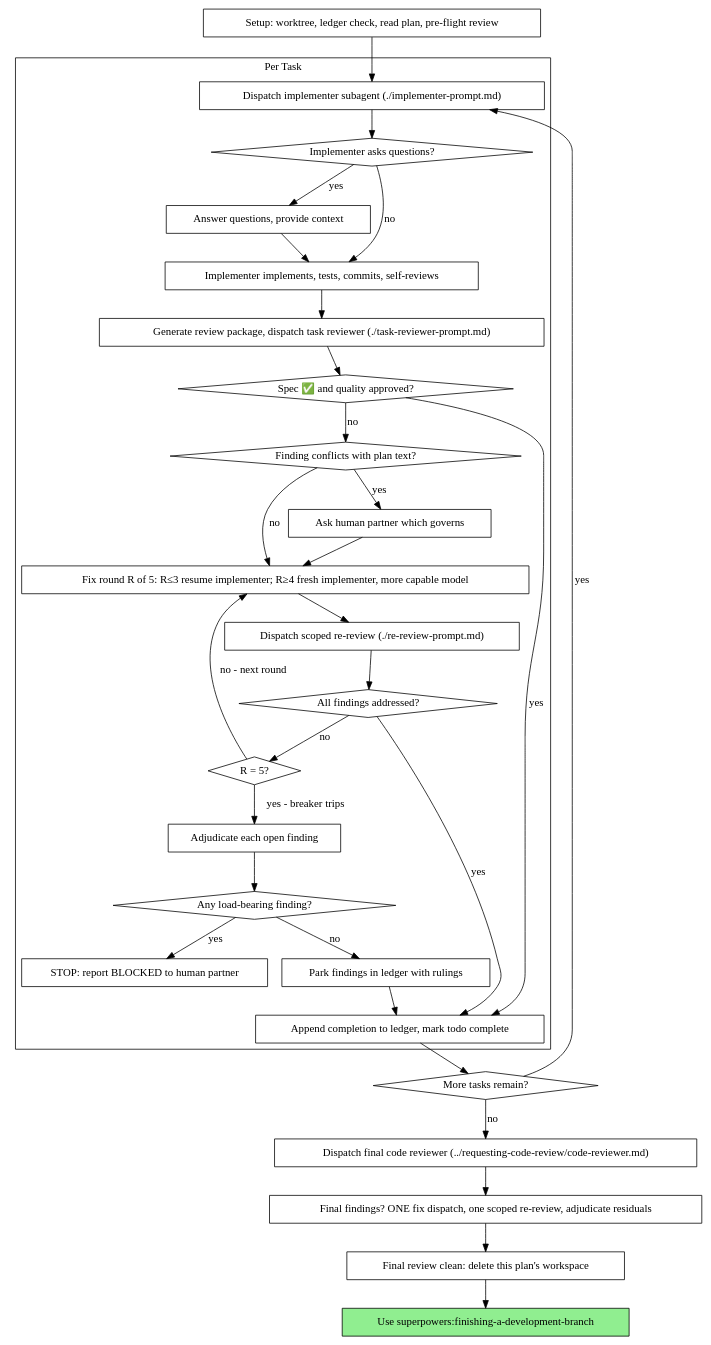
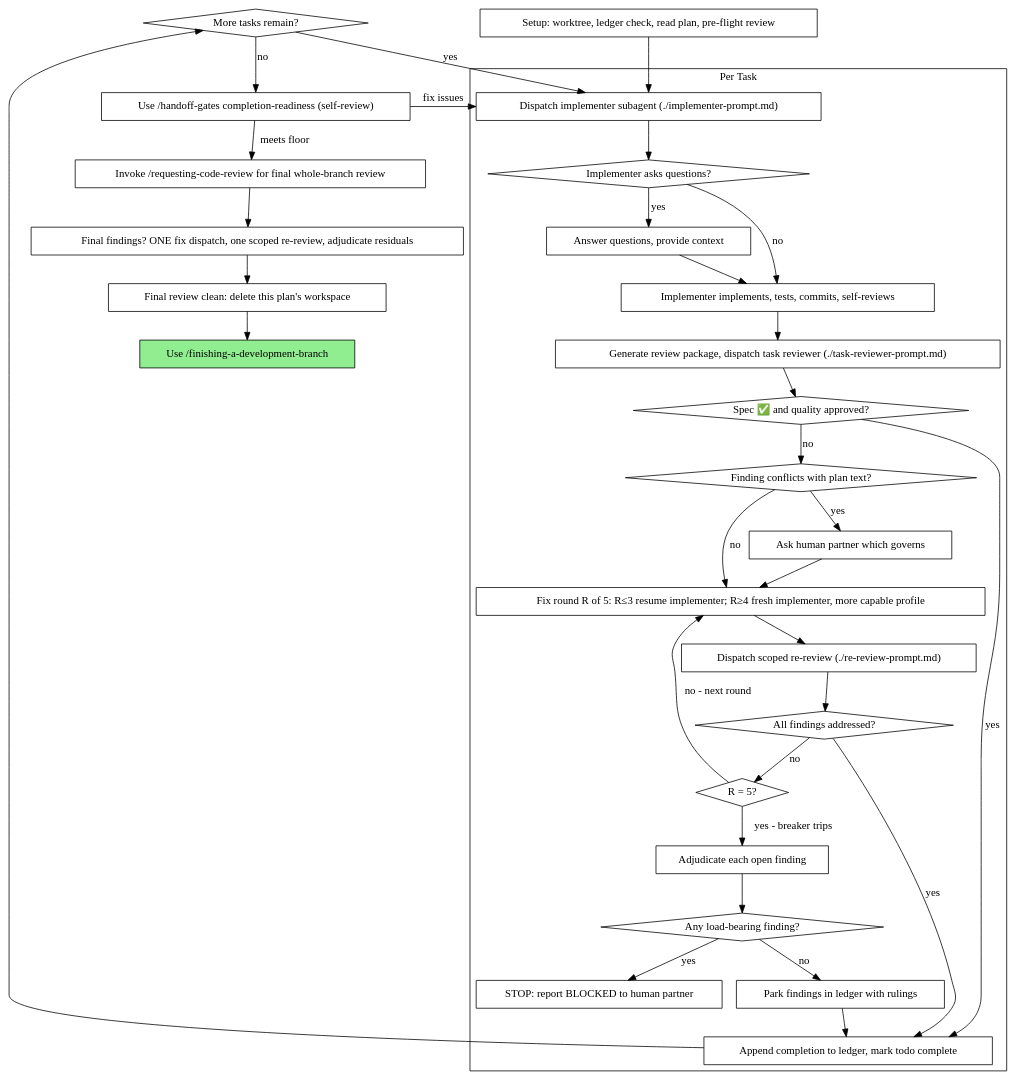
Before and after one commit to HarleyBartles/wild-bunch: the second of 2 diagrams in .agents/skills/subagent-driven-development/SKILL.md, drawn with Graphviz. The commit also changed other lines of this file and 716 other files, not shown here.

````diff
--- a/.agents/skills/subagent-driven-development/SKILL.md
+++ b/.agents/skills/subagent-driven-development/SKILL.md
@@ -72,62 +77,65 @@
 ```dot
 digraph process {
     rankdir=TB;
 
     subgraph cluster_per_task {
         label="Per Task";
         "Dispatch implementer subagent (./implementer-prompt.md)" [shape=box];
         "Implementer asks questions?" [shape=diamond];
         "Answer questions, provide context" [shape=box];
         "Implementer implements, tests, commits, self-reviews" [shape=box];
         "Generate review package, dispatch task reviewer (./task-reviewer-prompt.md)" [shape=box];
         "Spec ✅ and quality approved?" [shape=diamond];
         "Finding conflicts with plan text?" [shape=diamond];
         "Ask human partner which governs" [shape=box];
-        "Fix round R of 5: R≤3 resume implementer; R≥4 fresh implementer, more capable model" [shape=box];
+        "Fix round R of 5: R≤3 resume implementer; R≥4 fresh implementer, more capable profile" [shape=box];
         "Dispatch scoped re-review (./re-review-prompt.md)" [shape=box];
         "All findings addressed?" [shape=diamond];
         "R = 5?" [shape=diamond];
         "Adjudicate each open finding" [shape=box];
         "Any load-bearing finding?" [shape=diamond];
         "STOP: report BLOCKED to human partner" [shape=box];
         "Park findings in ledger with rulings" [shape=box];
         "Append completion to ledger, mark todo complete" [shape=box];
     }
 
     "Setup: worktree, ledger check, read plan, pre-flight review" [shape=box];
     "More tasks remain?" [shape=diamond];
-    "Dispatch final code reviewer (../requesting-code-review/code-reviewer.md)" [shape=box];
+    "Use /handoff-gates completion-readiness (self-review)" [shape=box];
+    "Invoke /requesting-code-review for final whole-branch review" [shape=box];
     "Final findings? ONE fix dispatch, one scoped re-review, adjudicate residuals" [shape=box];
     "Final review clean: delete this plan's workspace" [shape=box];
-    "Use superpowers:finishing-a-development-branch" [shape=box style=filled fillcolor=lightgreen];
+    "Use /finishing-a-development-branch" [shape=box style=filled fillcolor=lightgreen];
 
     "Setup: worktree, ledger check, read plan, pre-flight review" -> "Dispatch implementer subagent (./implementer-prompt.md)";
     "Dispatch implementer subagent (./implementer-prompt.md)" -> "Implementer asks questions?";
     "Implementer asks questions?" -> "Answer questions, provide context" [label="yes"];
     "Answer questions, provide context" -> "Implementer implements, tests, commits, self-reviews";
     "Implementer asks questions?" -> "Implementer implements, tests, commits, self-reviews" [label="no"];
     "Implementer implements, tests, commits, self-reviews" -> "Generate review package, dispatch task reviewer (./task-reviewer-prompt.md)";
     "Generate review package, dispatch task reviewer (./task-reviewer-prompt.md)" -> "Spec ✅ and quality approved?";
     "Spec ✅ and quality approved?" -> "Append completion to ledger, mark todo complete" [label="yes"];
     "Spec ✅ and quality approved?" -> "Finding conflicts with plan text?" [label="no"];
     "Finding conflicts with plan text?" -> "Ask human partner which governs" [label="yes"];
-    "Ask human partner which governs" -> "Fix round R of 5: R≤3 resume implementer; R≥4 fresh implementer, more capable model";
-    "Finding conflicts with plan text?" -> "Fix round R of 5: R≤3 resume implementer; R≥4 fresh implementer, more capable model" [label="no"];
-    "Fix round R of 5: R≤3 resume implementer; R≥4 fresh implementer, more capable model" -> "Dispatch scoped re-review (./re-review-prompt.md)";
+    "Ask human partner which governs" -> "Fix round R of 5: R≤3 resume implementer; R≥4 fresh implementer, more capable profile";
+    "Finding conflicts with plan text?" -> "Fix round R of 5: R≤3 resume implementer; R≥4 fresh implementer, more capable profile" [label="no"];
+    "Fix round R of 5: R≤3 resume implementer; R≥4 fresh implementer, more capable profile" -> "Dispatch scoped re-review (./re-review-prompt.md)";
     "Dispatch scoped re-review (./re-review-prompt.md)" -> "All findings addressed?";
     "All findings addressed?" -> "Append completion to ledger, mark todo complete" [label="yes"];
     "All findings addressed?" -> "R = 5?" [label="no"];
-    "R = 5?" -> "Fix round R of 5: R≤3 resume implementer; R≥4 fresh implementer, more capable model" [label="no - next round"];
+    "R = 5?" -> "Fix round R of 5: R≤3 resume implementer; R≥4 fresh implementer, more capable profile" [label="no - next round"];
     "R = 5?" -> "Adjudicate each open finding" [label="yes - breaker trips"];
     "Adjudicate each open finding" -> "Any load-bearing finding?";
     "Any load-bearing finding?" -> "STOP: report BLOCKED to human partner" [label="yes"];
     "Any load-bearing finding?" -> "Park findings in ledger with rulings" [label="no"];
     "Park findings in ledger with rulings" -> "Append completion to ledger, mark todo complete";
     "Append completion to ledger, mark todo complete" -> "More tasks remain?";
     "More tasks remain?" -> "Dispatch implementer subagent (./implementer-prompt.md)" [label="yes"];
-    "More tasks remain?" -> "Dispatch final code reviewer (../requesting-code-review/code-reviewer.md)" [label="no"];
-    "Dispatch final code reviewer (../requesting-code-review/code-reviewer.md)" -> "Final findings? ONE fix dispatch, one scoped re-review, adjudicate residuals";
+    "More tasks remain?" -> "Use /handoff-gates completion-readiness (self-review)" [label="no"];
+    "Use /handoff-gates completion-readiness (self-review)" -> "Invoke /requesting-code-review for final whole-branch review" [label="meets floor"];
+    "Use /handoff-gates completion-readiness (self-review)" -> "Dispatch implementer subagent (./implementer-prompt.md)" [label="fix issues"];
+    "Invoke /requesting-code-review for final whole-branch review" -> "Final findings? ONE fix dispatch, one scoped re-review, adjudicate residuals";
     "Final findings? ONE fix dispatch, one scoped re-review, adjudicate residuals" -> "Final review clean: delete this plan's workspace";
-    "Final review clean: delete this plan's workspace" -> "Use superpowers:finishing-a-development-branch";
+    "Final review clean: delete this plan's workspace" -> "Use /finishing-a-development-branch";
 }
 ```
````
